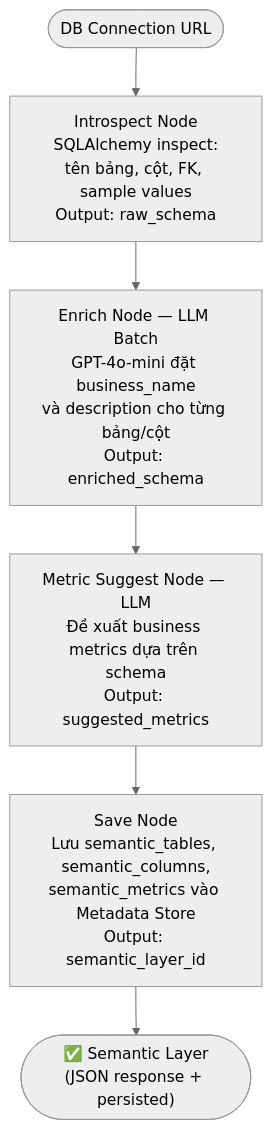
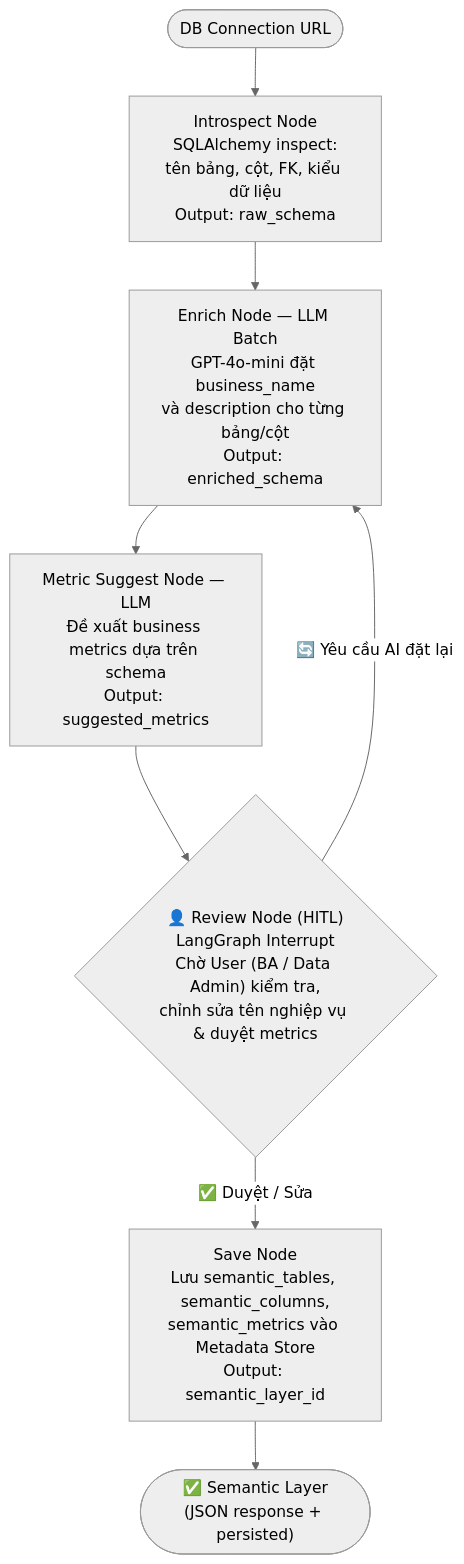
One commit to QuanAnh280605/P-069 changed the second of 2 diagrams in ARCHITECTURE.md. Above: the diagram before and after it, drawn with Mermaid (neutral theme). The commit also changed other lines of this file and 21 other files, not shown here.

Commit message:
feat: initialize core project structure, FastAPI routes, and LangGraph agent nodes for semantic layer generation

````diff
--- a/ARCHITECTURE.md
+++ b/ARCHITECTURE.md
@@ -62,17 +52,20 @@
 ```mermaid
 flowchart TD
     START(["DB Connection URL"]) --> IN
 
-    IN["Introspect Node\nSQLAlchemy inspect:\ntên bảng, cột, FK, sample values\nOutput: raw_schema"]
+    IN["Introspect Node\nSQLAlchemy inspect:\ntên bảng, cột, FK, kiểu dữ liệu\nOutput: raw_schema"]
     IN --> EN
 
     EN["Enrich Node — LLM Batch\nGPT-4o-mini đặt business_name\nvà description cho từng bảng/cột\nOutput: enriched_schema"]
     EN --> MS
 
     MS["Metric Suggest Node — LLM\nĐề xuất business metrics dựa trên schema\nOutput: suggested_metrics"]
-    MS --> SV
+    MS --> HITL
 
-    SV["Save Node\nLưu semantic_tables, semantic_columns,\nsemantic_metrics vào Metadata Store\nOutput: semantic_layer_id"]
+    HITL{"👤 Review Node (HITL)\nLangGraph Interrupt\nChờ User (BA / Data Admin) kiểm tra,\nchỉnh sửa tên nghiệp vụ & duyệt metrics"}
+
+    HITL -->|"✅ Duyệt / Sửa"| SV["Save Node\nLưu semantic_tables, semantic_columns,\nsemantic_metrics vào Metadata Store\nOutput: semantic_layer_id"]
+    HITL -->|"🔄 Yêu cầu AI đặt lại"| EN
 
     SV --> END(["✅ Semantic Layer\n(JSON response + persisted)"])
 ```
````
